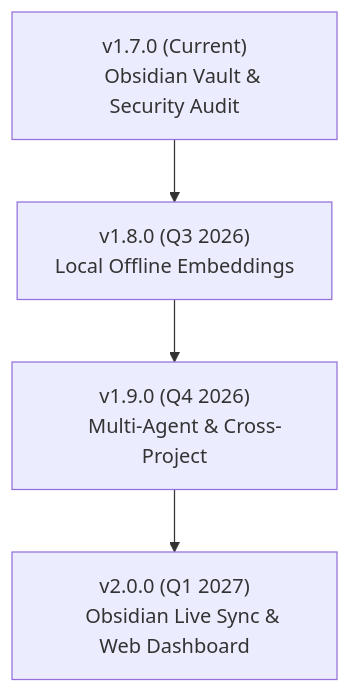
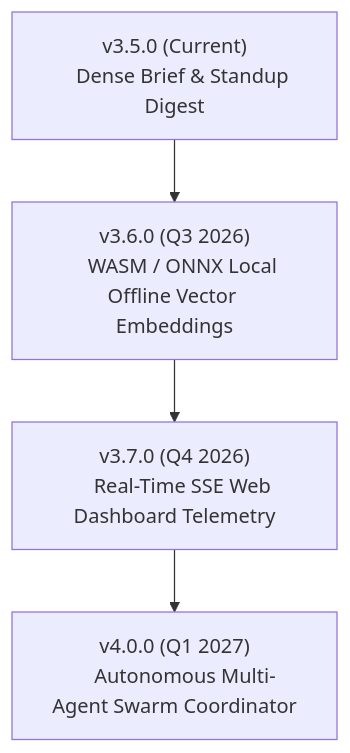
One commit to verrysimatupang99/codex-dev-mcp-suite changed the diagram in docs/ROADMAP.md. Above: the diagram before and after it, drawn with Mermaid. The commit also changed other lines of this file and 2 other files, not shown here.

Commit message:
docs: document v3.5.0 changelog, update roadmap milestones, and add GitHub Actions auto-publish workflow

````diff
--- a/docs/ROADMAP.md
+++ b/docs/ROADMAP.md
@@ -20,10 +23,10 @@
 ```mermaid
 graph TD
-    v17["v1.7.0 (Current)
-    Obsidian Vault & Security Audit"] --> v18["v1.8.0 (Q3 2026)
-    Local Offline Embeddings"]
-    v18 --> v19["v1.9.0 (Q4 2026)
-    Multi-Agent & Cross-Project"]
-    v19 --> v20["v2.0.0 (Q1 2027)
-    Obsidian Live Sync & Web Dashboard"]
+    v35["v3.5.0 (Current)
+    Dense Brief & Standup Digest"] --> v36["v3.6.0 (Q3 2026)
+    WASM / ONNX Local Offline Vector Embeddings"]
+    v36 --> v37["v3.7.0 (Q4 2026)
+    Real-Time SSE Web Dashboard Telemetry"]
+    v37 --> v40["v4.0.0 (Q1 2027)
+    Autonomous Multi-Agent Swarm Coordinator"]
 ```
````
